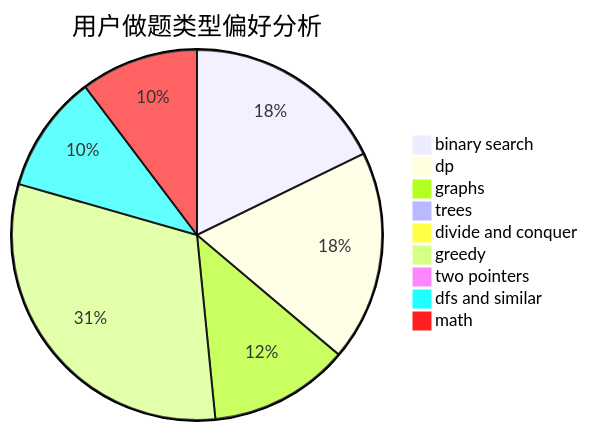
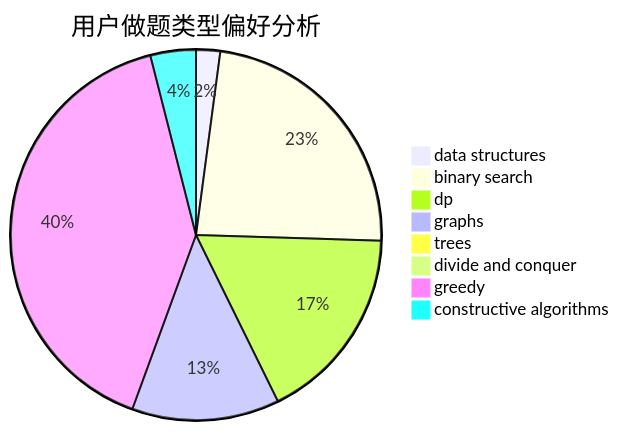
Before and after one commit to sherpahu/cfrs.github.io: the second of 3 diagrams in docs/user/u590.md, drawn with Mermaid. The commit also changed other lines of this file and 2775 other files, not shown here.

````diff
--- a/docs/user/u590.md
+++ b/docs/user/u590.md
@@ -23,12 +23,11 @@
 ```mermaid
 pie title 用户做题类型偏好分析
-    "binary search" :  325
-    "dp" :  336
-    "graphs" :  224
-    "trees" :  16
-    "divide and conquer" :  1
-    "greedy" :  567
-    "two pointers" :  0
-    "dfs and similar" :  188
-    "math" :  188
+    "data structures" :  26
+    "binary search" :  289
+    "dp" :  213
+    "graphs" :  159
+    "trees" :  4
+    "divide and conquer" :  0
+    "greedy" :  500
+    "constructive algorithms" :  49
 ```
````
